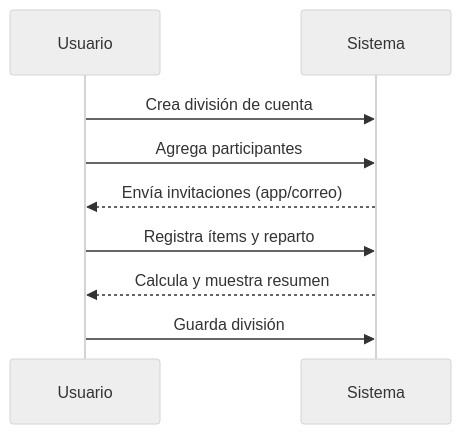
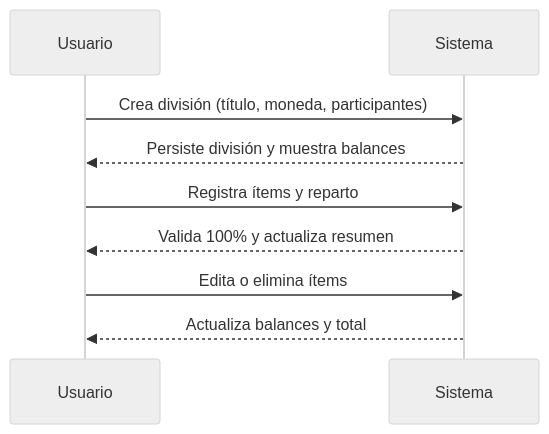
Before and after one commit to lerna-admin/BudgetApp: the diagram in documentation/documents/casos_de_uso/division_de_cuentas/division_de_cuentas.md, drawn with Mermaid (neutral theme). The commit also changed other lines of this file and 19 other files, not shown here.

````diff
--- a/documentation/documents/casos_de_uso/division_de_cuentas/division_de_cuentas.md
+++ b/documentation/documents/casos_de_uso/division_de_cuentas/division_de_cuentas.md
@@ -132,11 +162,11 @@
 ```mermaid
 sequenceDiagram
     participant Usuario
     participant Sistema
-    Usuario->>Sistema: Crea división de cuenta
-    Usuario->>Sistema: Agrega participantes
-    Sistema-->>Usuario: Envía invitaciones (app/correo)
+    Usuario->>Sistema: Crea división (título, moneda, participantes)
+    Sistema-->>Usuario: Persiste división y muestra balances
     Usuario->>Sistema: Registra ítems y reparto
-    Sistema-->>Usuario: Calcula y muestra resumen
-    Usuario->>Sistema: Guarda división
+    Sistema-->>Usuario: Valida 100% y actualiza resumen
+    Usuario->>Sistema: Edita o elimina ítems
+    Sistema-->>Usuario: Actualiza balances y total
 ```
````
